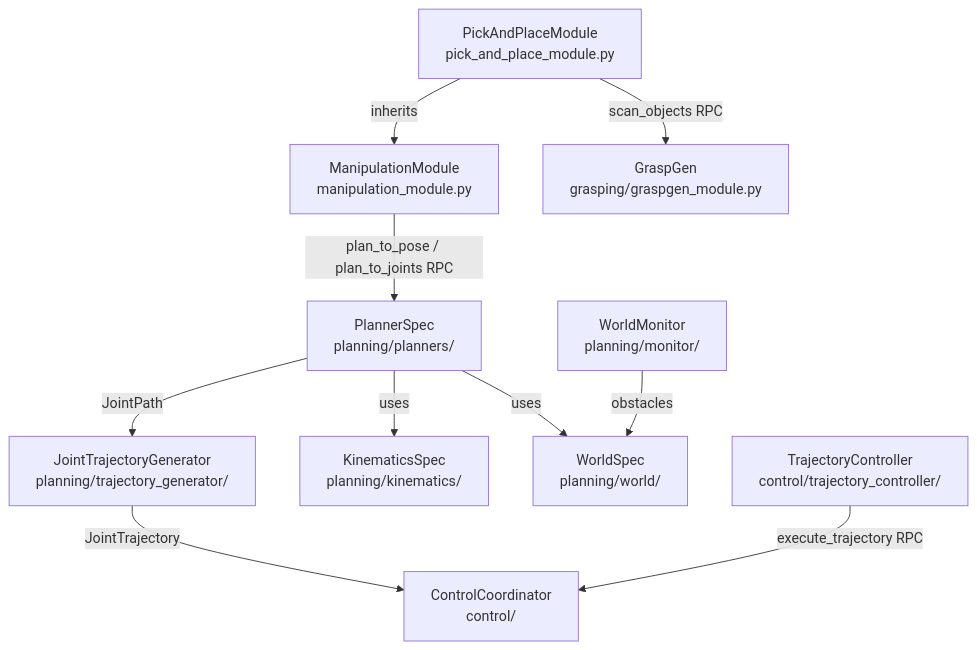
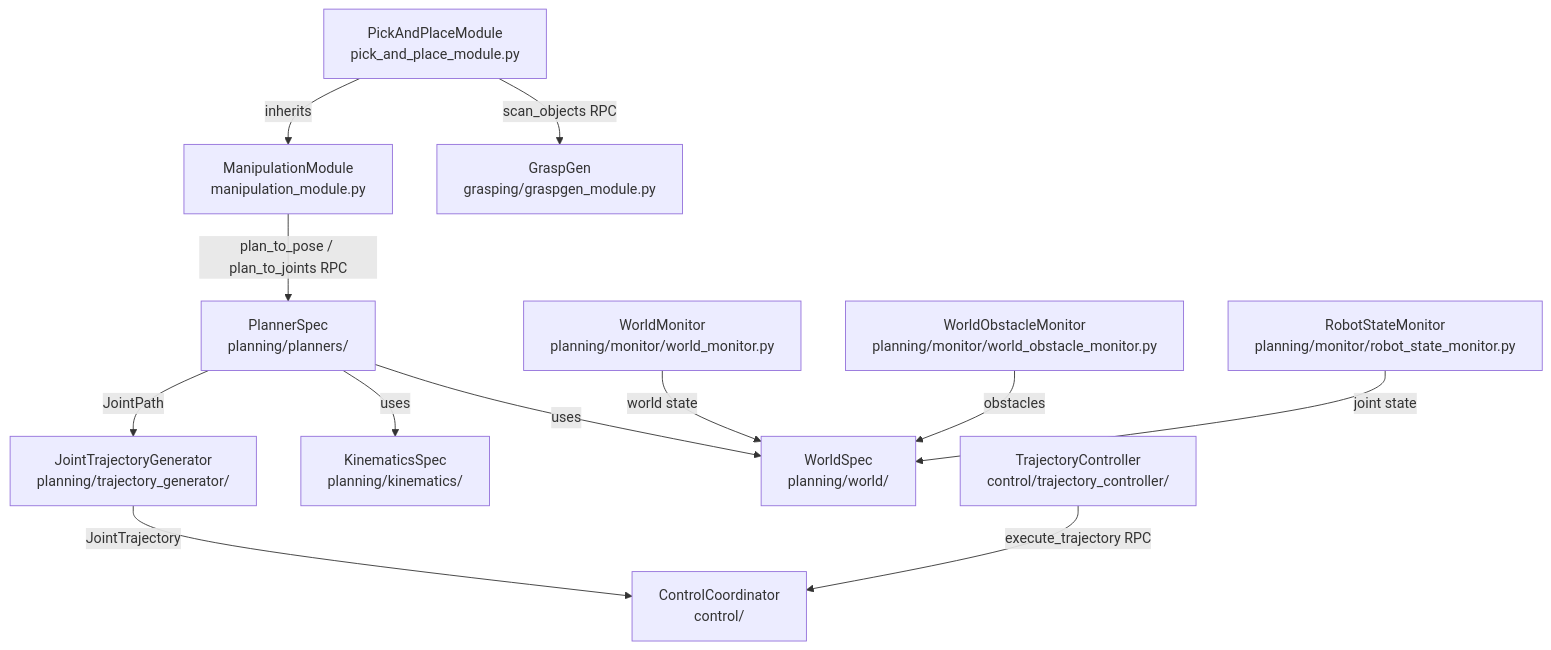
The fourth of 8 diagrams in docs/architecture/subsystems.md (cpy1990/dimos), drawn with Mermaid before and after one commit. The commit also changed other lines of this file and 2 other files, not shown here.

Commit message:
docs(architecture): batch G — secondary subsystems + round-2 integrations

````diff
--- a/docs/architecture/subsystems.md
+++ b/docs/architecture/subsystems.md
@@ -220,23 +236,27 @@
 ```mermaid
 flowchart TD
   MM[ManipulationModule<br/>manipulation_module.py]
   PAP[PickAndPlaceModule<br/>pick_and_place_module.py]
   PLAN[PlannerSpec<br/>planning/planners/]
   KIN[KinematicsSpec<br/>planning/kinematics/]
   WORLD[WorldSpec<br/>planning/world/]
   TRAJ[JointTrajectoryGenerator<br/>planning/trajectory_generator/]
-  MON[WorldMonitor<br/>planning/monitor/]
+  WM[WorldMonitor<br/>planning/monitor/world_monitor.py]
+  WOM[WorldObstacleMonitor<br/>planning/monitor/world_obstacle_monitor.py]
+  RSM[RobotStateMonitor<br/>planning/monitor/robot_state_monitor.py]
   COORD[ControlCoordinator<br/>control/]
   GRASP[GraspGen<br/>grasping/graspgen_module.py]
   CTRL[TrajectoryController<br/>control/trajectory_controller/]
 
   MM -->|plan_to_pose / plan_to_joints RPC| PLAN
   PLAN -->|JointPath| TRAJ
   PLAN -->|uses| KIN
   PLAN -->|uses| WORLD
-  MON -->|obstacles| WORLD
+  WM -->|world state| WORLD
+  WOM -->|obstacles| WORLD
+  RSM -->|joint state| WORLD
   PAP -->|inherits| MM
   PAP -->|scan_objects RPC| GRASP
   TRAJ -->|JointTrajectory| COORD
   CTRL -->|execute_trajectory RPC| COORD
 ```
````
